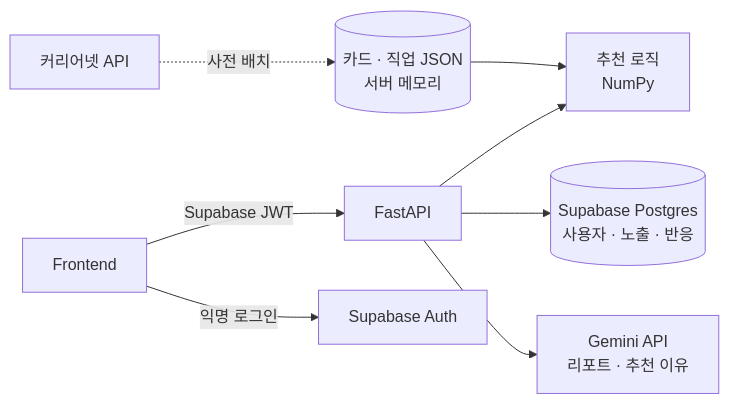
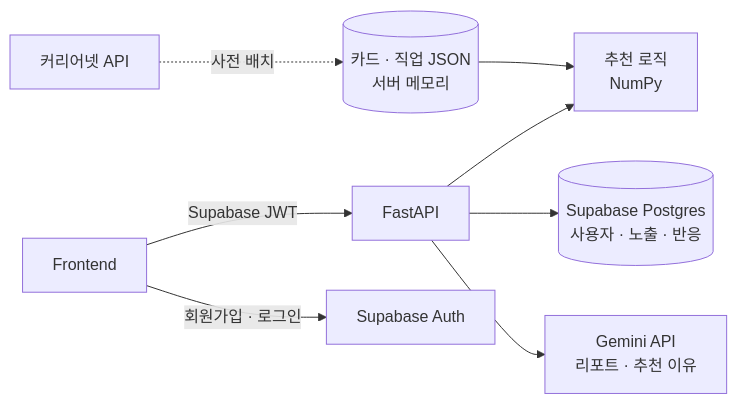
Before and after one commit to woowangthon/WOOWANGTHON_TEAM_50_BE: the diagram in README.md, drawn with Mermaid. The commit also changed other lines of this file, not shown here.

````diff
--- a/README.md
+++ b/README.md
@@ -35,10 +35,10 @@
 ```mermaid
 flowchart LR
   FE[Frontend] -- Supabase JWT --> API[FastAPI]
-  FE -- 익명 로그인 --> AUTH[Supabase Auth]
+  FE -- 회원가입 · 로그인 --> AUTH[Supabase Auth]
   API --> REC[추천 로직<br/>NumPy]
   API --> DB[(Supabase Postgres<br/>사용자 · 노출 · 반응)]
   API --> LLM[Gemini API<br/>리포트 · 추천 이유]
   CARDS[(카드 · 직업 JSON<br/>서버 메모리)] --> REC
   CN[커리어넷 API] -. 사전 배치 .-> CARDS
 ```
````
